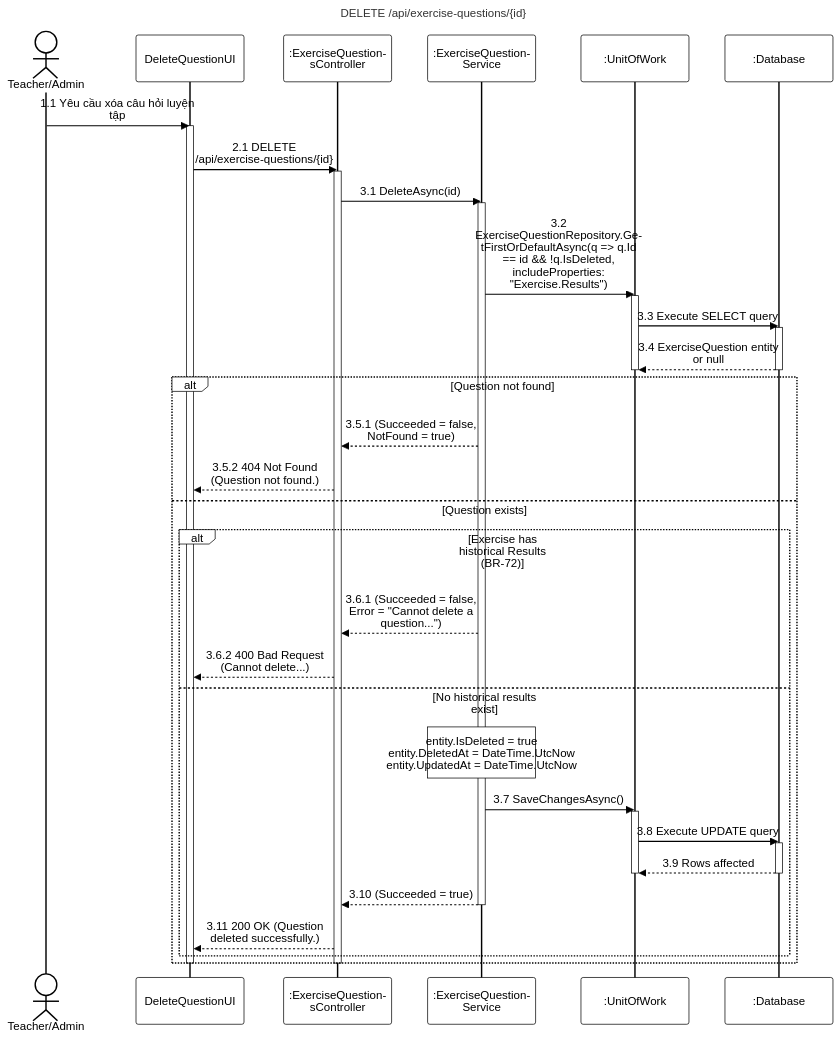
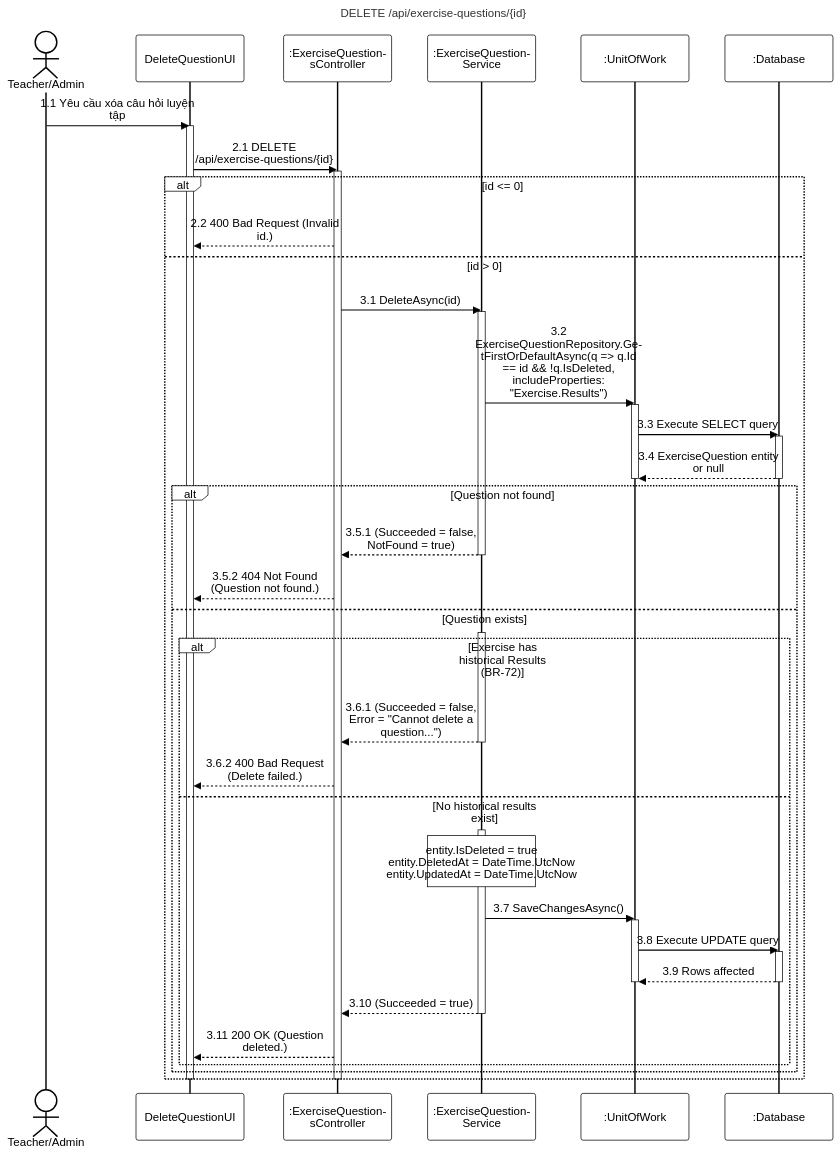
The diagram in 05-exercise-question-management/sequence-diagram/apis/delete-question.mmd (PhucAnDev/docx-diagram), drawn with Mermaid before and after one commit. The commit also changed 5 other files, not shown here.

Commit message:
fix: update create-question.mmd, update-question.mmd, and delete-question.mmd with correct validations, error messages, and activations

```diff
--- a/05-exercise-question-management/sequence-diagram/apis/delete-question.mmd
+++ b/05-exercise-question-management/sequence-diagram/apis/delete-question.mmd
@@ -1,51 +1,59 @@
 %%{init: {'theme':'base', 'themeVariables': {'actorBkg':'#ffffff','actorBorder':'#000000','actorTextColor':'#000000','actorLineColor':'#000000','signalColor':'#000000','signalTextColor':'#000000','labelBoxBkgColor':'#ffffff','labelBoxBorderColor':'#000000','labelTextColor':'#000000','loopTextColor':'#000000','noteBkgColor':'#ffffff','noteBorderColor':'#000000','noteTextColor':'#000000','activationBorderColor':'#000000','activationBkgColor':'#ffffff','sequenceNumberColor':'#000000'}, 'sequence': {'width':150,'height':65,'actorFontSize':16,'messageFontSize':16,'wrap':true,'wrapPadding':10}}}%%
 sequenceDiagram
     title DELETE /api/exercise-questions/{id}
     actor TeacherUser as Teacher/Admin
     participant UI as DeleteQuestionUI
     participant Endpoint as :ExerciseQuestionsController
     participant Service as :ExerciseQuestionService
     participant DB as :UnitOfWork
     participant Database as :Database
 
     TeacherUser->>UI: 1.1 Yêu cầu xóa câu hỏi luyện tập
     activate UI
     UI->>Endpoint: 2.1 DELETE /api/exercise-questions/{id}
     activate Endpoint
 
-    Endpoint->>Service: 3.1 DeleteAsync(id)
-    activate Service
+    alt id <= 0
+        Endpoint-->>UI: 2.2 400 Bad Request (Invalid id.)
+    else id > 0
+        Endpoint->>Service: 3.1 DeleteAsync(id)
+        activate Service
 
-    Service->>DB: 3.2 ExerciseQuestionRepository.GetFirstOrDefaultAsync(q => q.Id == id && !q.IsDeleted, includeProperties: "Exercise.Results")
-    activate DB
-    DB->>Database: 3.3 Execute SELECT query
-    activate Database
-    Database-->>DB: 3.4 ExerciseQuestion entity or null
-    deactivate Database
-    deactivate DB
+        Service->>DB: 3.2 ExerciseQuestionRepository.GetFirstOrDefaultAsync(q => q.Id == id && !q.IsDeleted, includeProperties: "Exercise.Results")
+        activate DB
+        DB->>Database: 3.3 Execute SELECT query
+        activate Database
+        Database-->>DB: 3.4 ExerciseQuestion entity or null
+        deactivate Database
+        deactivate DB
 
-    alt Question not found
-        Service-->>Endpoint: 3.5.1 (Succeeded = false, NotFound = true)
-        Endpoint-->>UI: 3.5.2 404 Not Found (Question not found.)
-    else Question exists
-        alt Exercise has historical Results (BR-72)
-            Service-->>Endpoint: 3.6.1 (Succeeded = false, Error = "Cannot delete a question...")
-            Endpoint-->>UI: 3.6.2 400 Bad Request (Cannot delete...)
-        else No historical results exist
-            note over Service: entity.IsDeleted = true<br/>entity.DeletedAt = DateTime.UtcNow<br/>entity.UpdatedAt = DateTime.UtcNow
+        alt Question not found
+            Service-->>Endpoint: 3.5.1 (Succeeded = false, NotFound = true)
+            deactivate Service
+            Endpoint-->>UI: 3.5.2 404 Not Found (Question not found.)
+        else Question exists
+            activate Service
+            alt Exercise has historical Results (BR-72)
+                Service-->>Endpoint: 3.6.1 (Succeeded = false, Error = "Cannot delete a question...")
+                deactivate Service
+                Endpoint-->>UI: 3.6.2 400 Bad Request (Delete failed.)
+            else No historical results exist
+                activate Service
+                note over Service: entity.IsDeleted = true<br/>entity.DeletedAt = DateTime.UtcNow<br/>entity.UpdatedAt = DateTime.UtcNow
 
-            Service->>DB: 3.7 SaveChangesAsync()
-            activate DB
-            DB->>Database: 3.8 Execute UPDATE query
-            activate Database
-            Database-->>DB: 3.9 Rows affected
-            deactivate Database
-            deactivate DB
+                Service->>DB: 3.7 SaveChangesAsync()
+                activate DB
+                DB->>Database: 3.8 Execute UPDATE query
+                activate Database
+                Database-->>DB: 3.9 Rows affected
+                deactivate Database
+                deactivate DB
 
-            Service-->>Endpoint: 3.10 (Succeeded = true)
-            deactivate Service
-            Endpoint-->>UI: 3.11 200 OK (Question deleted successfully.)
+                Service-->>Endpoint: 3.10 (Succeeded = true)
+                deactivate Service
+                Endpoint-->>UI: 3.11 200 OK (Question deleted.)
+            end
         end
     end
     deactivate Endpoint
     deactivate UI
```
